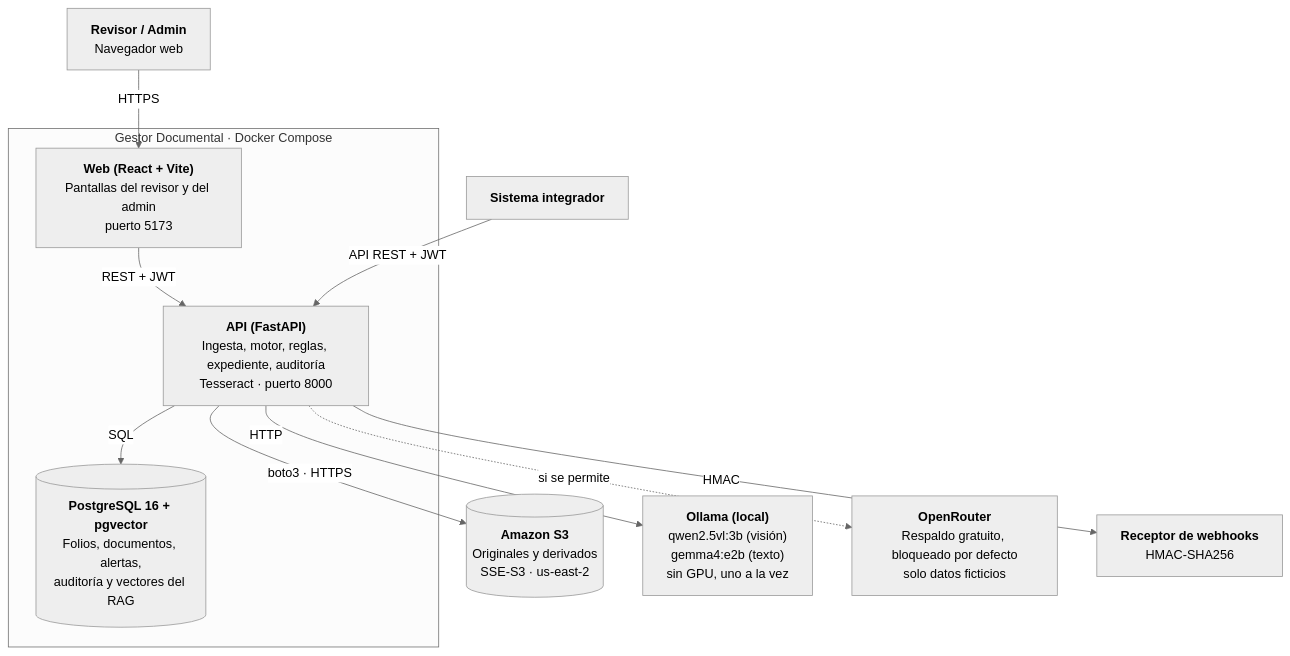
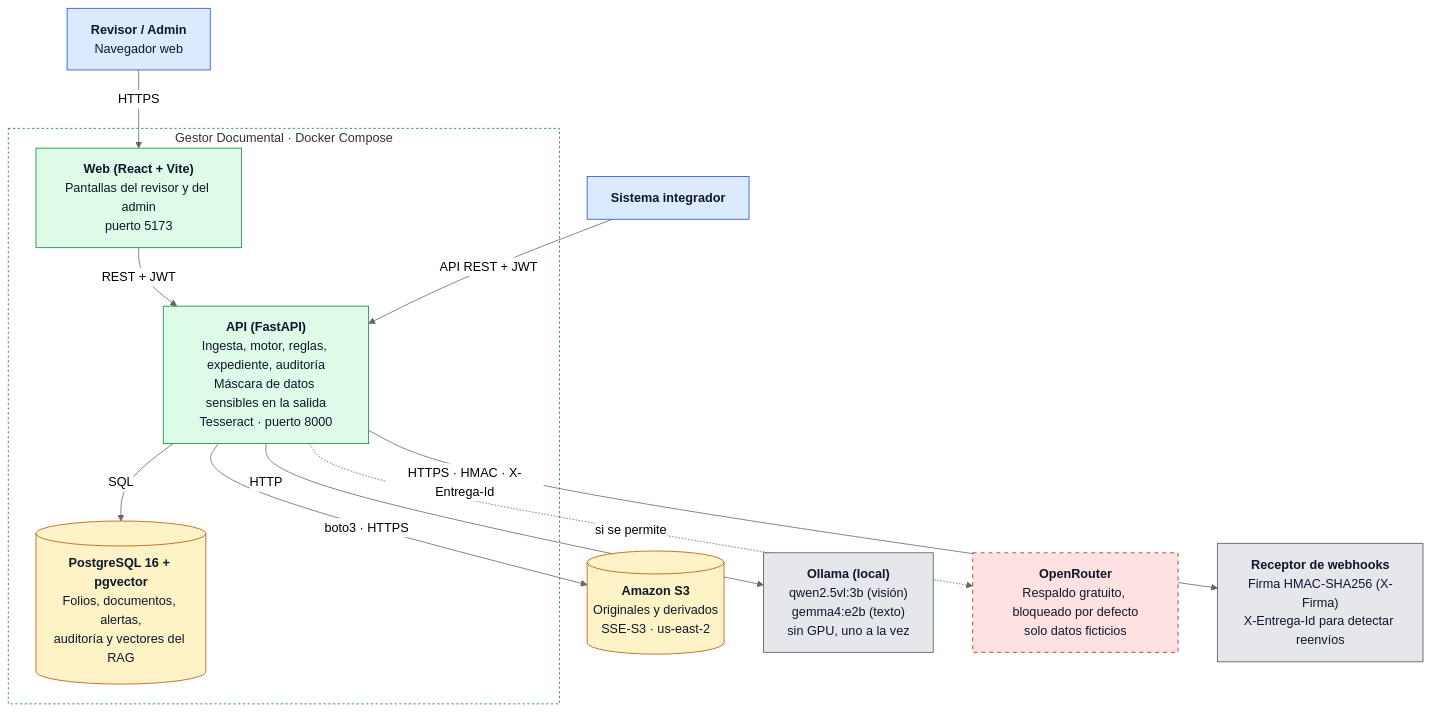
One commit to SantiagoEspinosa-ai/Gestor_Documental changed the second of 5 diagrams in docs/arquitectura_solucion.md. Above: the diagram before and after it, drawn with Mermaid (neutral theme). The commit also changed other lines of this file, not shown here.

````diff
--- a/docs/arquitectura_solucion.md
+++ b/docs/arquitectura_solucion.md
@@ -72,25 +88,37 @@
 ```mermaid
 flowchart TB
     usuario["<b>Revisor / Admin</b><br/>Navegador web"]
     integrador["<b>Sistema integrador</b>"]
 
     subgraph compose["Gestor Documental · Docker Compose"]
         web["<b>Web (React + Vite)</b><br/>Pantallas del revisor y del admin<br/>puerto 5173"]
-        api["<b>API (FastAPI)</b><br/>Ingesta, motor, reglas, expediente, auditoría<br/>Tesseract · puerto 8000"]
+        api["<b>API (FastAPI)</b><br/>Ingesta, motor, reglas, expediente, auditoría<br/>Máscara de datos sensibles en la salida<br/>Tesseract · puerto 8000"]
         db[("<b>PostgreSQL 16 + pgvector</b><br/>Folios, documentos, alertas,<br/>auditoría y vectores del RAG")]
     end
 
     s3[("<b>Amazon S3</b><br/>Originales y derivados<br/>SSE-S3 · us-east-2")]
     ollama["<b>Ollama (local)</b><br/>qwen2.5vl:3b (visión)<br/>gemma4:e2b (texto)<br/>sin GPU, uno a la vez"]
     openrouter["<b>OpenRouter</b><br/>Respaldo gratuito, bloqueado por defecto<br/>solo datos ficticios"]
-    webhooks["<b>Receptor de webhooks</b><br/>HMAC-SHA256"]
+    webhooks["<b>Receptor de webhooks</b><br/>Firma HMAC-SHA256 (X-Firma)<br/>X-Entrega-Id para detectar reenvíos"]
 
     usuario -- "HTTPS" --> web
     web -- "REST + JWT" --> api
     integrador -- "API REST + JWT" --> api
     api -- "SQL" --> db
     api -- "boto3 · HTTPS" --> s3
     api -- "HTTP" --> ollama
     api -. "si se permite" .-> openrouter
-    api -- "HMAC" --> webhooks
+    api -- "HTTPS · HMAC · X-Entrega-Id" --> webhooks
+
+    classDef persona fill:#dbeafe,stroke:#1d4ed8,color:#0f172a
+    classDef sistema fill:#dcfce7,stroke:#15803d,color:#0f172a
+    classDef bd fill:#fef3c7,stroke:#b45309,color:#0f172a
+    classDef externo fill:#e5e7eb,stroke:#4b5563,color:#0f172a
+    classDef bloqueado fill:#fee2e2,stroke:#b91c1c,color:#0f172a,stroke-dasharray:5 5
+    class usuario,integrador persona
+    class web,api sistema
+    class db,s3 bd
+    class ollama,webhooks externo
+    class openrouter bloqueado
+    style compose fill:none,stroke:#15803d,stroke-dasharray:3 3
 ```
````
